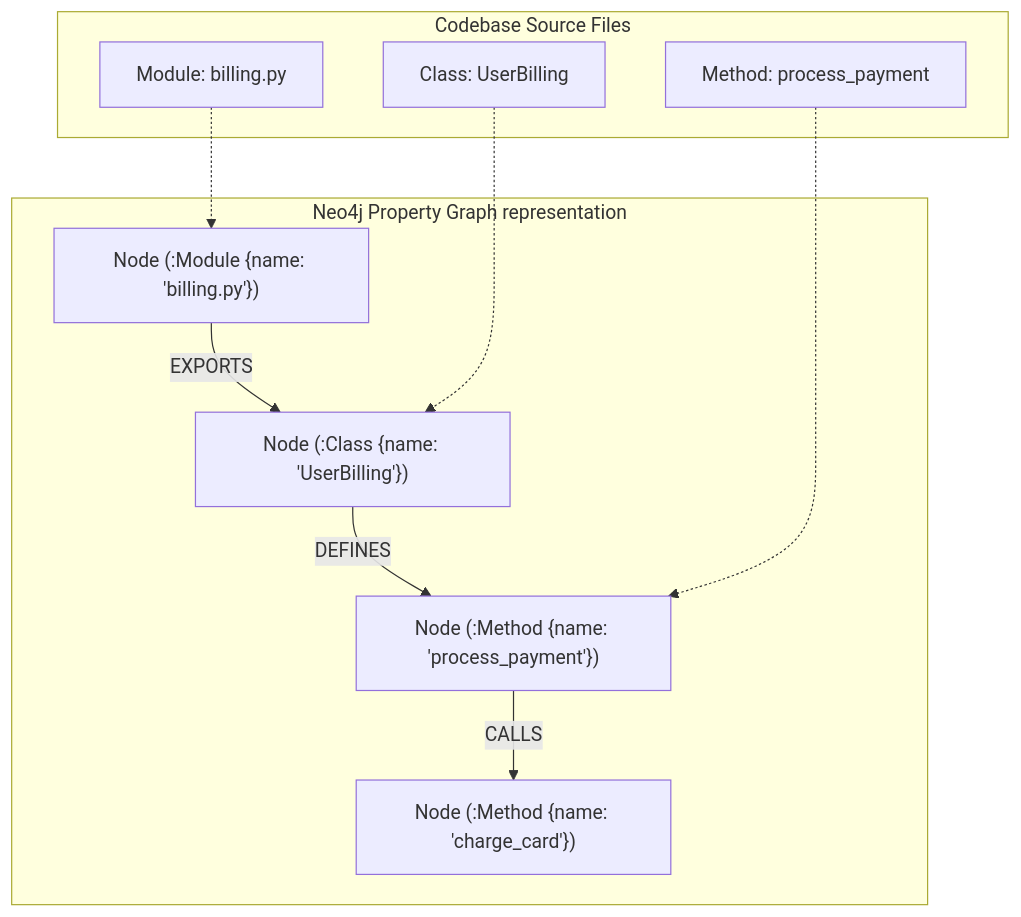
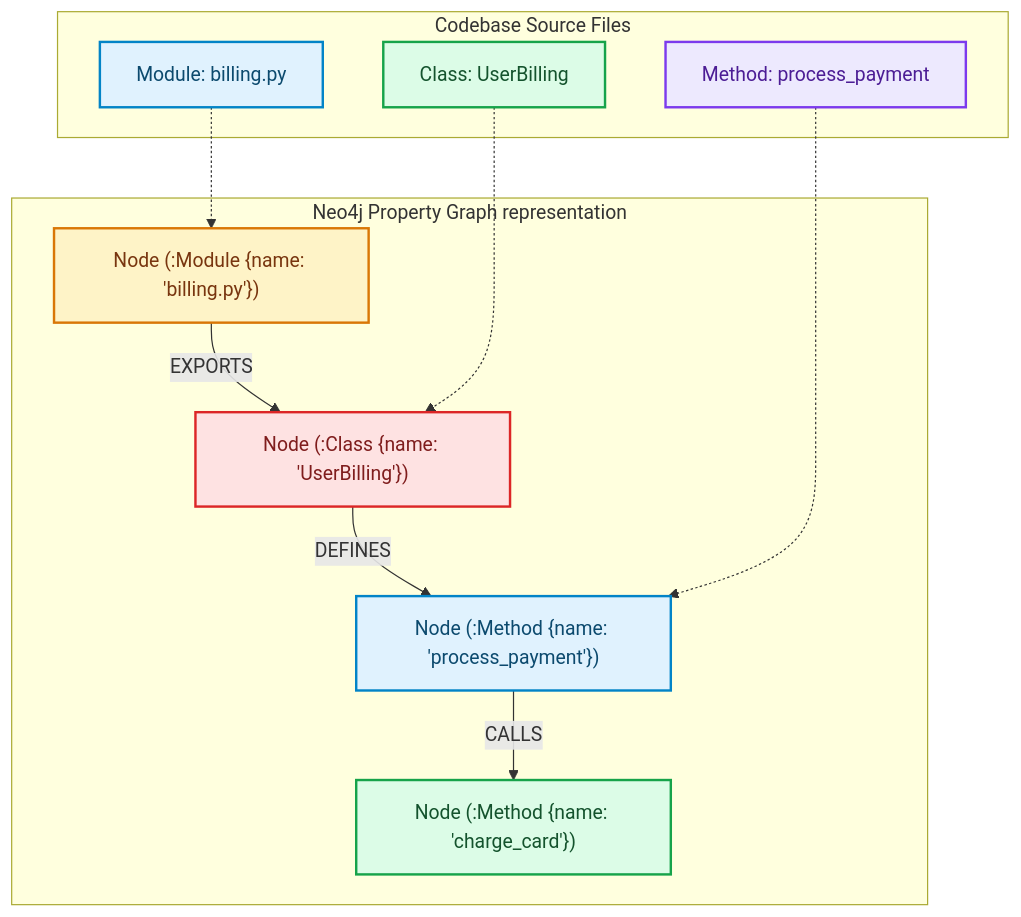
The diagram in blog/posts/extracting-code-ast-knowledge-graphs-neo4j-cypher.md (akmalkhaniub/akmalkhaniub.github.io), drawn with Mermaid before and after one commit. The commit also changed other lines of this file and 1291 other files, not shown here.

First line of the commit message:
feat(catalog): unique covers, scholarly references, and diagram palettes

````diff
--- a/blog/posts/extracting-code-ast-knowledge-graphs-neo4j-cypher.md
+++ b/blog/posts/extracting-code-ast-knowledge-graphs-neo4j-cypher.md
@@ -17,24 +17,35 @@
 ```mermaid
 flowchart TD
   subgraph SG1_CodebaseSourceFiles ["Codebase Source Files"]
-    A[Module: billing.py]
-    B[Class: UserBilling]
-    C[Method: process_payment]
+    A["Module: billing.py"]
+    B["Class: UserBilling"]
+    C["Method: process_payment"]
   end
   
   subgraph SG2_Neo4jPropertyGraph ["Neo4j Property Graph representation"]
     D["Node (:Module {name: 'billing.py'})"]
     E["Node (:Class {name: 'UserBilling'})"]
     F["Node (:Method {name: 'process_payment'})"]
     
     D -->|EXPORTS| E
     E -->|DEFINES| F
     
     G["Node (:Method {name: 'charge_card'})"]
     F -->|CALLS| G
   end
   
   A -.-> D
   B -.-> E
   C -.-> F
+
+classDef green fill:#dcfce7,stroke:#16a34a,stroke-width:2px,color:#14532d;
+classDef red fill:#fee2e2,stroke:#dc2626,stroke-width:2px,color:#7f1d1d;
+classDef blue fill:#e0f2fe,stroke:#0284c7,stroke-width:2px,color:#0c4a6e;
+classDef yellow fill:#fef3c7,stroke:#d97706,stroke-width:2px,color:#78350f;
+classDef purple fill:#ede9fe,stroke:#7c3aed,stroke-width:2px,color:#4c1d95;
+class A,F blue
+class B,G green
+class C purple
+class D yellow
+class E red
 ```
````
